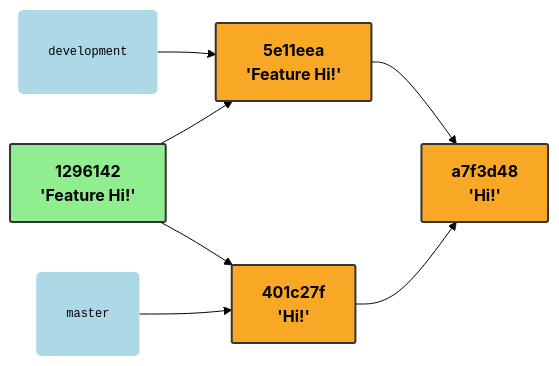
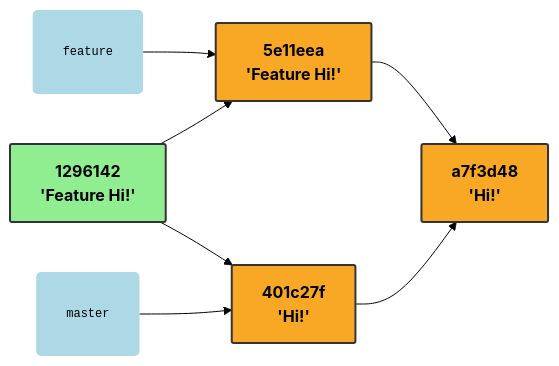
The fourth of 5 diagrams in content/lectures/02.tools/git.en.md (P3-MINI/csharp-site), drawn with Mermaid (forest theme) before and after one commit. The commit also changed other lines of this file and 8 other files, not shown here.

````diff
--- a/content/lectures/02.tools/git.en.md
+++ b/content/lectures/02.tools/git.en.md
@@ -569,17 +569,17 @@
 ```mermaid
 graph LR
     classDef commit fill: #f9a825, stroke: #333, stroke-width: 2px, font-weight: bold, rx: 2px, ry: 2px
     classDef new fill: #90EE90, stroke: #333, stroke-width: 2px, font-weight: bold, rx: 2px, ry: 2px
     classDef ref fill: #add8e6, stroke: none, color: #000, font-family: monospace, font-size: 12px, padding: 2px, rx: 5px, ry: 5px;
-    development:::ref --> A
-%%  development:::ref -.-> M
+    feature:::ref --> A
+%%  feature:::ref -.-> M
     A["5e11eea<br>'Feature Hi!'"]:::commit
     B["401c27f<br>'Hi!'"]:::commit
     C["a7f3d48<br>'Hi!'"]:::commit
     M["1296142<br>'Feature Hi!'"]:::new
     A --> C
     B --> C
     M --> A
     M --> B
     master:::ref --> B
 ```
````
